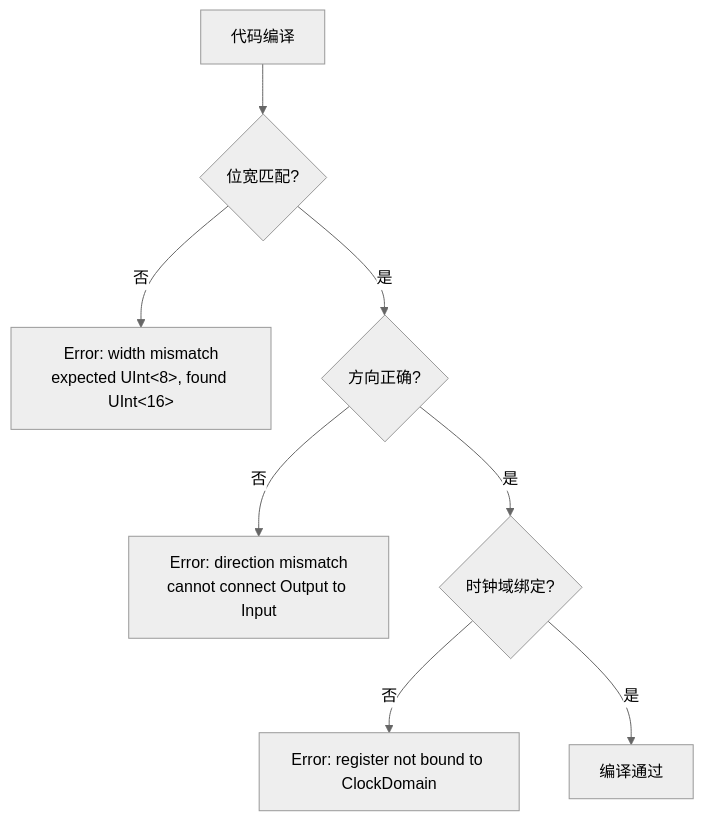
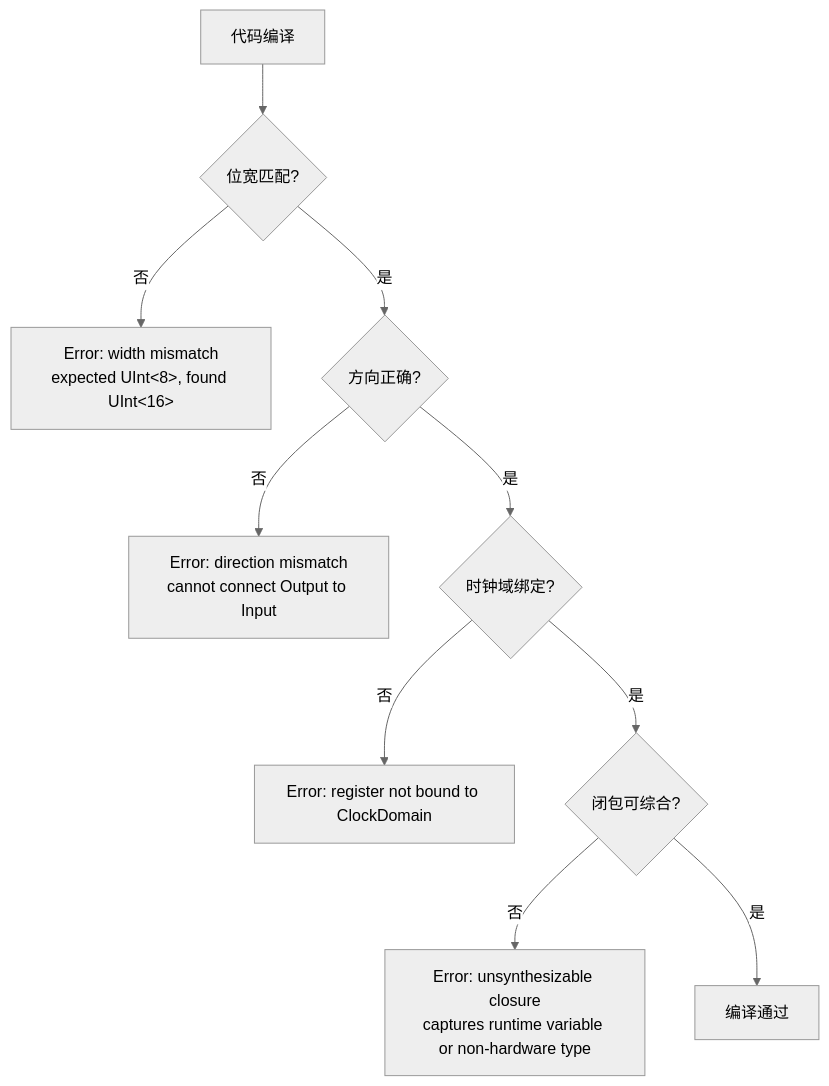
Diagram 13 of 18 in docs/requirements/5. 类型系统.md (TangCan/bitloom), drawn with Mermaid (neutral theme) before and after one commit. The commit also changed other lines of this file and 17 other files, not shown here.

````diff
--- a/docs/requirements/5. 类型系统.md
+++ b/docs/requirements/5. 类型系统.md
@@ -302,11 +276,12 @@
 ```mermaid
 flowchart TD
     A[代码编译] --> B{位宽匹配?}
     B -- 否 --> C[Error: width mismatch<br>expected UInt<8>, found UInt<16>]
     B -- 是 --> D{方向正确?}
     D -- 否 --> E[Error: direction mismatch<br>cannot connect Output to Input]
     D -- 是 --> F{时钟域绑定?}
     F -- 否 --> G[Error: register not bound to ClockDomain]
-    F -- 是 --> H[编译通过]
-
+    F -- 是 --> H{闭包可综合?}
+    H -- 否 --> I[Error: unsynthesizable closure<br>captures runtime variable or non-hardware type]
+    H -- 是 --> J[编译通过]
 ```
````
